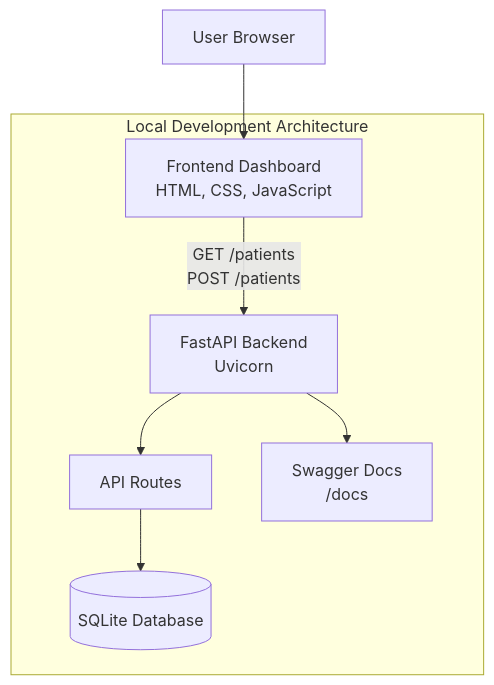
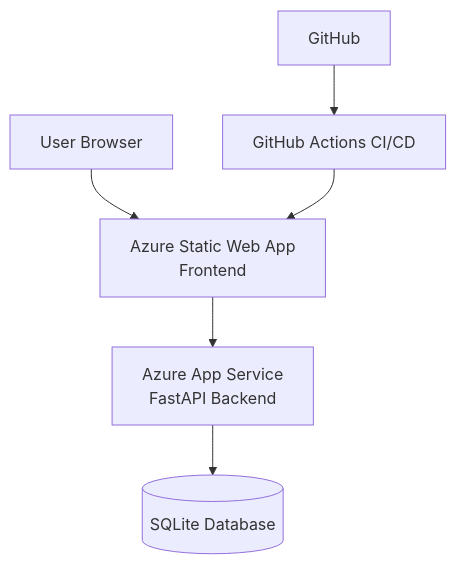
Before and after one commit to Kethanx/azure-medical-3tier-portal: the diagram in README.md, drawn with Mermaid. The commit also changed other lines of this file, not shown here.

Commit message:
README changes

````diff
--- a/README.md
+++ b/README.md
@@ -90,20 +89,8 @@
 ```mermaid
-flowchart TB
-
-    U[User Browser] --> F[Frontend Dashboard<br/>HTML, CSS, JavaScript]
-
-    F -->|GET /patients<br/>POST /patients| B[FastAPI Backend<br/>Uvicorn]
-
-    B --> R[API Routes]
-    R --> DB[(SQLite Database)]
-
-    B --> D[Swagger Docs<br/>/docs]
-
-    subgraph Local Development Architecture
-        F
-        B
-        R
-        DB
-        D
-    end
+flowchart TD
+    U[User Browser] --> F[Azure Static Web App<br/>Frontend]
+    F --> B[Azure App Service<br/>FastAPI Backend]
+    B --> D[(SQLite Database)]
+    G[GitHub] --> A[GitHub Actions CI/CD]
+    A --> F
 ```
````
